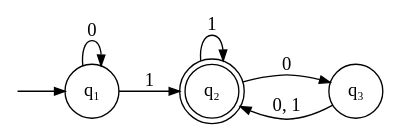
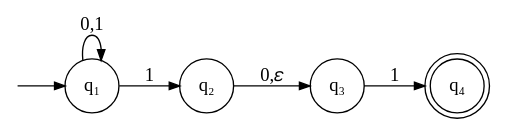
Before and after one commit to alek3y/cs: the second of 4 diagrams in src/ct0374/01/README.md, drawn with Graphviz. The commit also changed other lines of this file and 4 other files, not shown here.

````diff
--- a/src/ct0374/01/README.md
+++ b/src/ct0374/01/README.md
@@ -13,20 +67,19 @@
 ```dot process
 digraph {
 	rankdir=LR
 	node [shape=circle]
 	edge [arrowsize=0.8]
 
 	q1 [label="q₁"]
-	q2 [label="q₂" shape=doublecircle]
+	q2 [label="q₂"]
 	q3 [label="q₃"]
+	q4 [label="q₄" shape=doublecircle]
 	_0 [shape=point width=0 height=inf style=invis]
 
 	_0 -> q1
+	q1 -> q1 [label="0,1"]
 	q1 -> q2 [label="1"]
-	q2 -> q3 [label="0"]
-	q2 -> q3 [style=invis]
-	q1 -> q1 [label="0"]
-	q2 -> q2 [label="1"]
-	q3 -> q2 [label="0, 1"]
+	q2 -> q3 [label="0,𝜀"]
+	q3 -> q4 [label="1"]
 }
 ```
````
